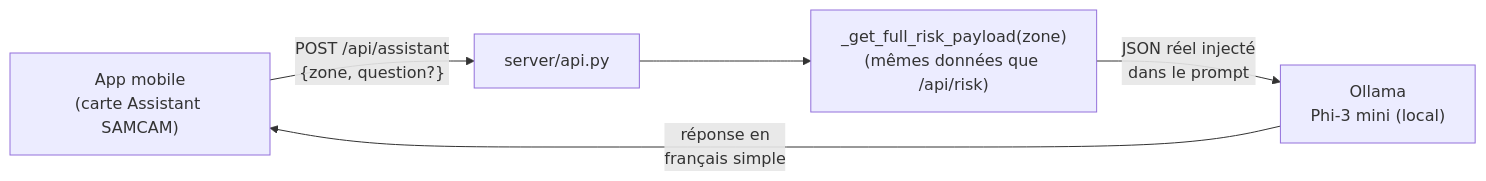
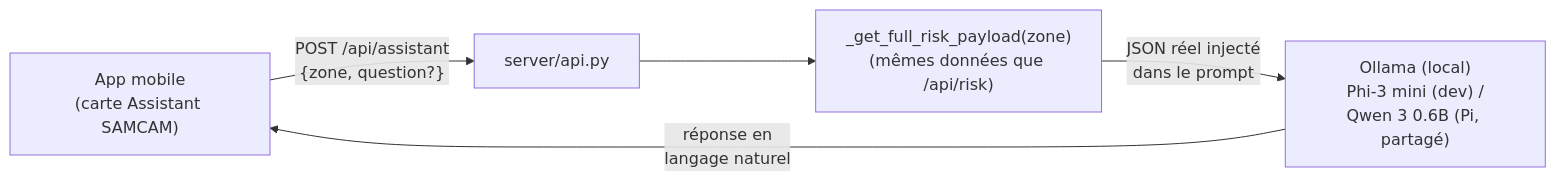
One commit to jeremygeorgesdurand-dev/SAMCAM changed the fourth of 5 diagrams in docs/RAPPORT_SAMCAM.md. Above: the diagram before and after it, drawn with Mermaid. The commit also changed other lines of this file and 3 other files, not shown here.

````diff
--- a/docs/RAPPORT_SAMCAM.md
+++ b/docs/RAPPORT_SAMCAM.md
@@ -752,7 +829,7 @@
 ```mermaid
 flowchart LR
     APP["App mobile<br/>(carte Assistant SAMCAM)"] -->|"POST /api/assistant<br/>{zone, question?}"| API["server/api.py"]
     API --> CALC["_get_full_risk_payload(zone)<br/>(mêmes données que /api/risk)"]
-    CALC -->|"JSON réel injecté<br/>dans le prompt"| OLLAMA["Ollama<br/>Phi-3 mini (local)"]
-    OLLAMA -->|"réponse en<br/>français simple"| APP
+    CALC -->|"JSON réel injecté<br/>dans le prompt"| OLLAMA["Ollama (local)<br/>Phi-3 mini (dev) /<br/>Qwen 3 0.6B (Pi, partagé)"]
+    OLLAMA -->|"réponse en<br/>langage naturel"| APP
 ```
````
